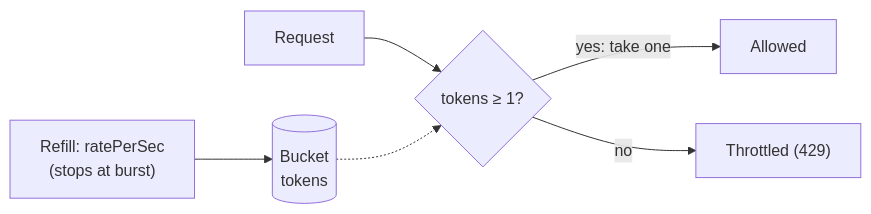
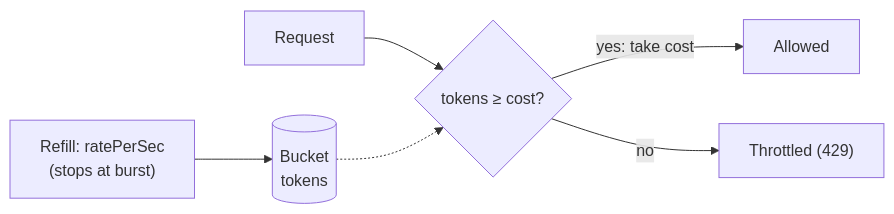
One commit to alanbickel/wind-tunnel changed the second of 7 diagrams in docs/architecture/simulation-engine.md. Above: the diagram before and after it, drawn with Mermaid. The commit also changed other lines of this file and 11 other files, not shown here.

Commit message:
feat(domain): let a request take more or less than one token from a rate limit (#312)

````diff
--- a/docs/architecture/simulation-engine.md
+++ b/docs/architecture/simulation-engine.md
@@ -53,8 +53,8 @@
 ```mermaid
 flowchart LR
     R["Refill: ratePerSec<br/>(stops at burst)"] --> B[("Bucket<br/>tokens")]
-    REQ[Request] --> C{"tokens ≥ 1?"}
+    REQ[Request] --> C{"tokens ≥ cost?"}
     B -.-> C
-    C -->|yes: take one| OK[Allowed]
+    C -->|yes: take cost| OK[Allowed]
     C -->|no| T["Throttled (429)"]
 ```
````
